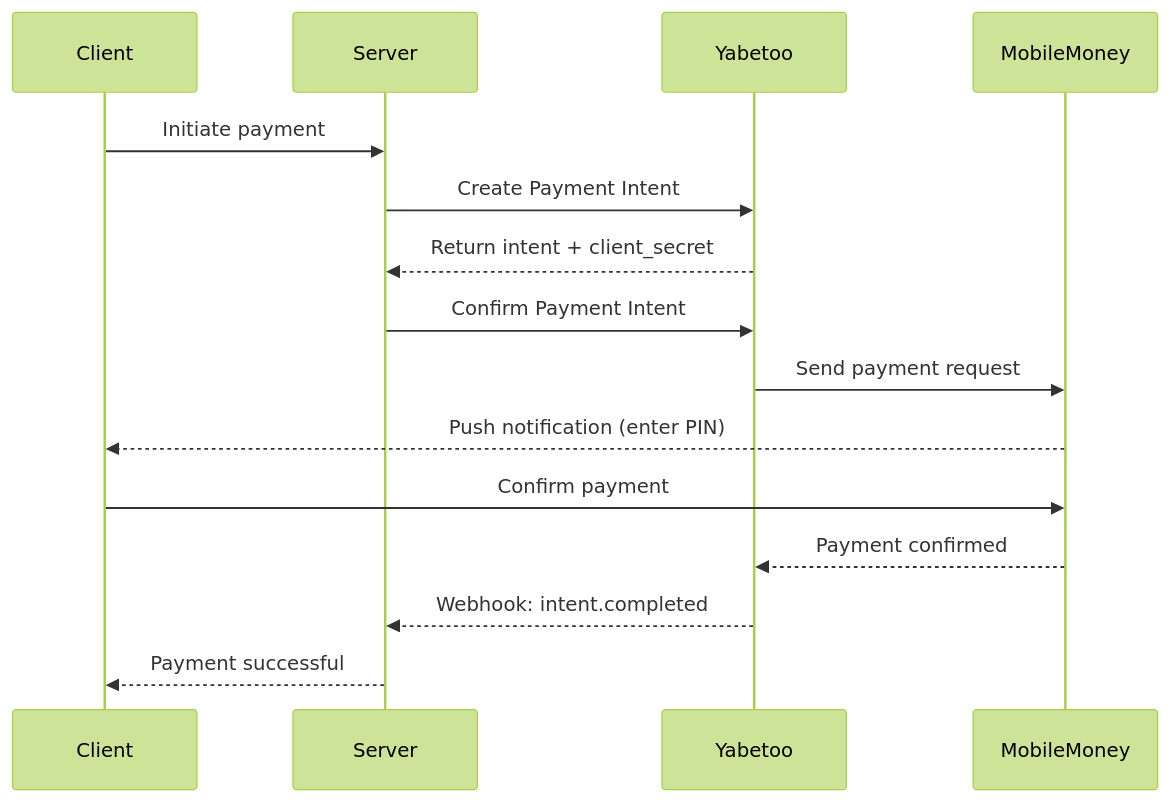
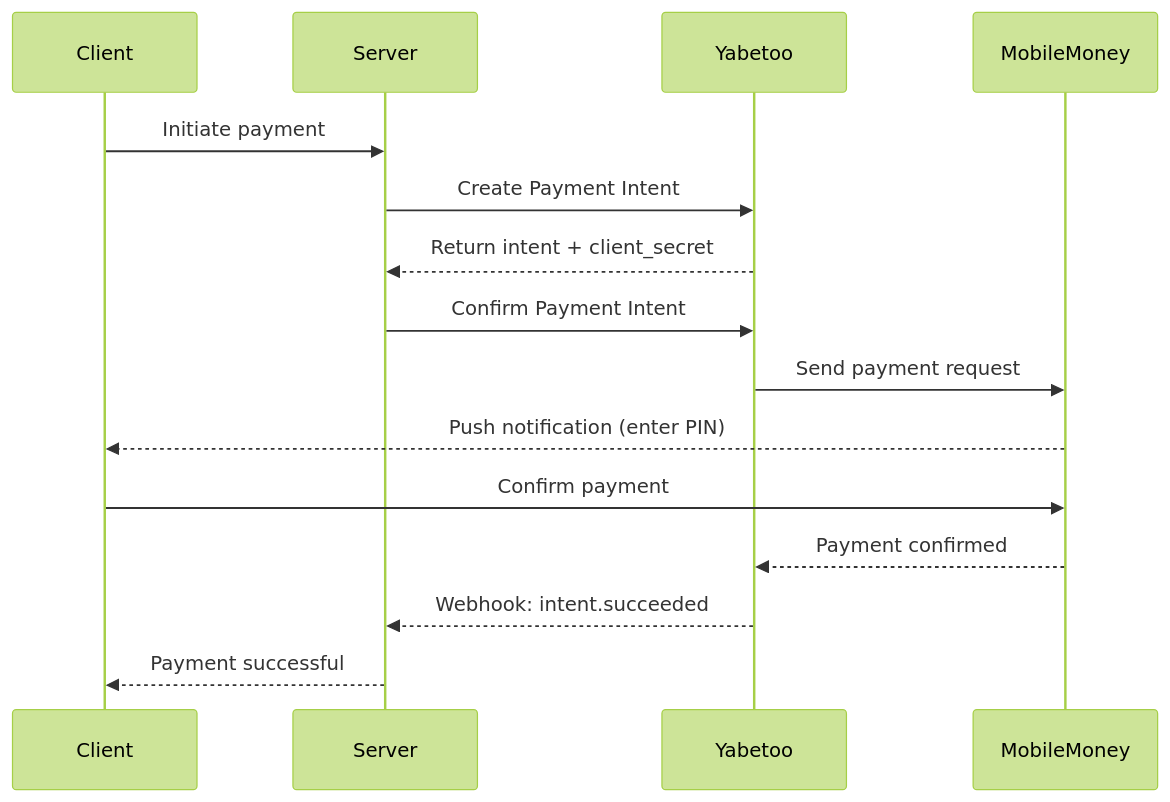
Before and after one commit to yabetoo/docs: the diagram in en/guides/concepts/payment-flow.mdx, drawn with Mermaid (forest theme). The commit also changed other lines of this file and 16 other files, not shown here.

````diff
--- a/en/guides/concepts/payment-flow.mdx
+++ b/en/guides/concepts/payment-flow.mdx
@@ -13,18 +13,18 @@
 ```mermaid
 sequenceDiagram
     participant Client
     participant Server
     participant Yabetoo
     participant MobileMoney
 
     Client->>Server: Initiate payment
     Server->>Yabetoo: Create Payment Intent
     Yabetoo-->>Server: Return intent + client_secret
     Server->>Yabetoo: Confirm Payment Intent
     Yabetoo->>MobileMoney: Send payment request
     MobileMoney-->>Client: Push notification (enter PIN)
     Client->>MobileMoney: Confirm payment
     MobileMoney-->>Yabetoo: Payment confirmed
-    Yabetoo-->>Server: Webhook: intent.completed
+    Yabetoo-->>Server: Webhook: intent.succeeded
     Server-->>Client: Payment successful
 ```
````
